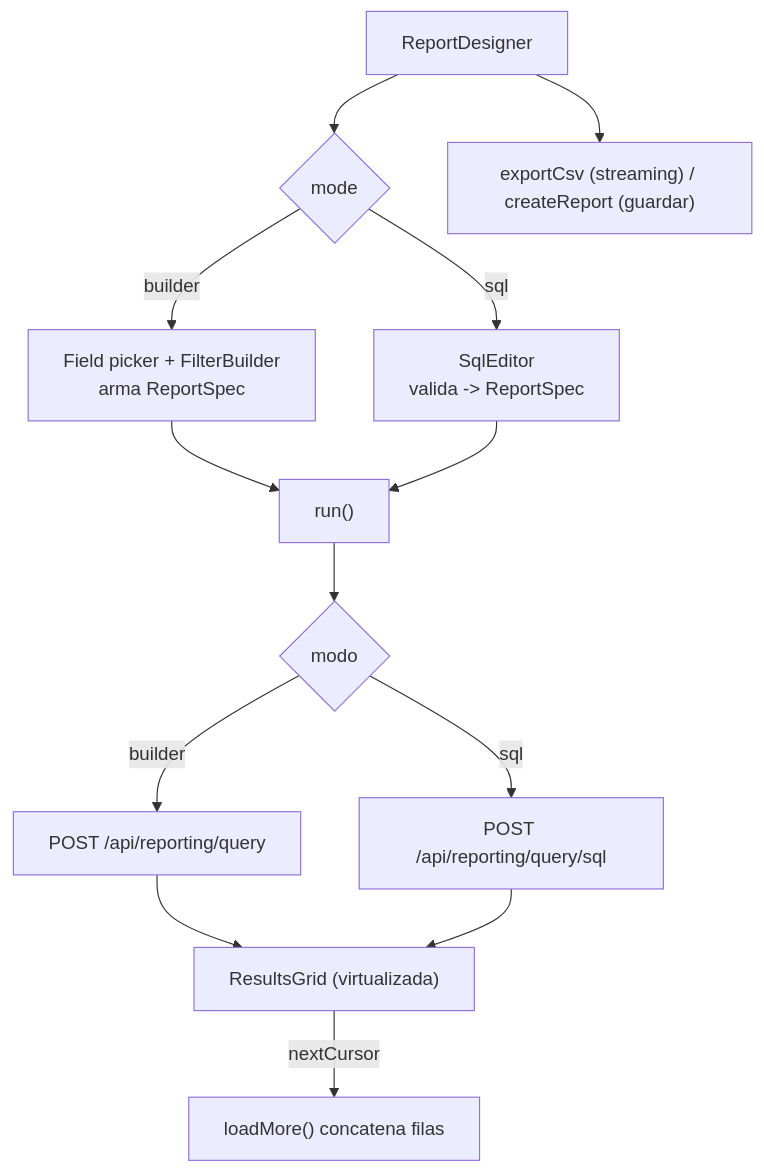
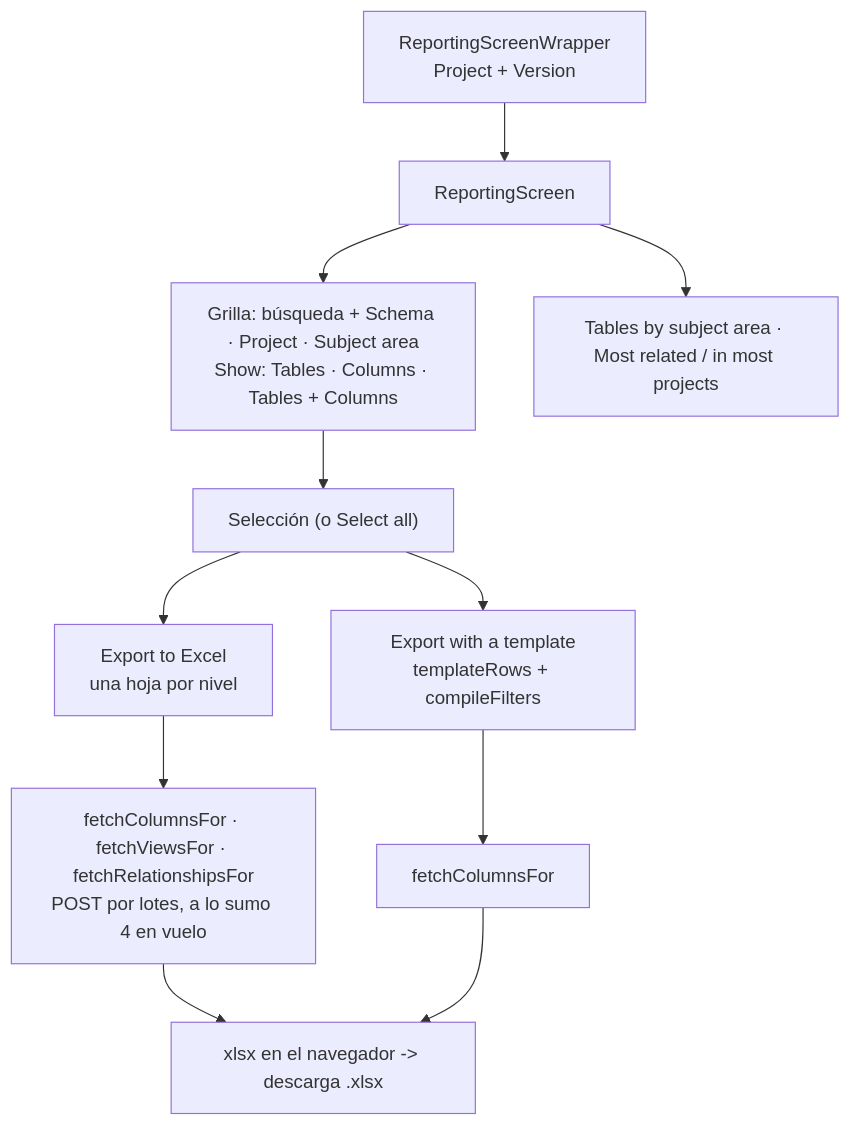
One commit to Carlosmps97/web-data-model-hub changed the fourth of 5 diagrams in doc/architecture.md. Above: the diagram before and after it, drawn with Mermaid. The commit also changed other lines of this file and 51 other files, not shown here.

````diff
--- a/doc/architecture.md
+++ b/doc/architecture.md
@@ -586,15 +553,13 @@
 ```mermaid
 flowchart TD
-  RD["ReportDesigner"] --> Mode{"mode"}
-  Mode -- builder --> FP["Field picker + FilterBuilder<br/>arma ReportSpec"]
-  Mode -- sql --> SE["SqlEditor<br/>valida -> ReportSpec"]
-  FP --> Run["run()"]
-  SE --> Run
-  Run --> Q{"modo"}
-  Q -- builder --> RQ["POST /api/reporting/query"]
-  Q -- sql --> RS["POST /api/reporting/query/sql"]
-  RQ --> Grid["ResultsGrid (virtualizada)"]
-  RS --> Grid
-  Grid -- "nextCursor" --> LoadMore["loadMore() concatena filas"]
-  RD --> Exp["exportCsv (streaming) / createReport (guardar)"]
+  W["ReportingScreenWrapper<br/>Project + Version"] --> RS["ReportingScreen"]
+  RS --> G["Grilla: búsqueda + Schema · Project · Subject area<br/>Show: Tables · Columns · Tables + Columns"]
+  G --> Sel["Selección (o Select all)"]
+  Sel --> L["Export to Excel<br/>una hoja por nivel"]
+  Sel --> T["Export with a template<br/>templateRows + compileFilters"]
+  L --> F["fetchColumnsFor · fetchViewsFor · fetchRelationshipsFor<br/>POST por lotes, a lo sumo 4 en vuelo"]
+  T --> F2["fetchColumnsFor"]
+  F --> X["xlsx en el navegador -> descarga .xlsx"]
+  F2 --> X
+  RS --> K["Tables by subject area · Most related / in most projects"]
 ```
````
